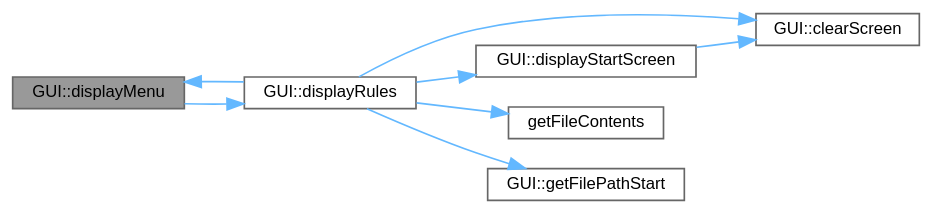
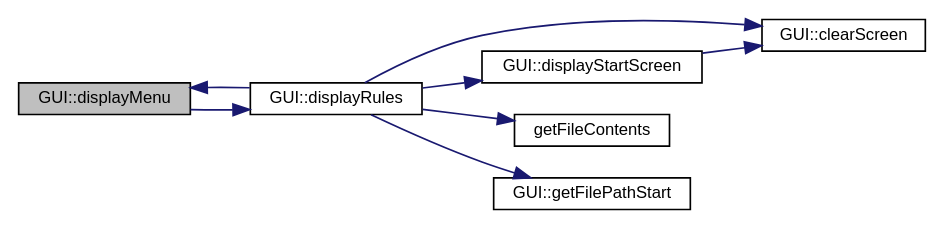
The diagram in class_g_u_i_a48d92746fefe3c11de167dcddc22346f_cgraph.dot (jesstyrrell/cosc345), drawn with Graphviz before and after one commit. The commit also changed 620 other files, not shown here.

```diff
--- a/class_g_u_i_a48d92746fefe3c11de167dcddc22346f_cgraph.dot
+++ b/class_g_u_i_a48d92746fefe3c11de167dcddc22346f_cgraph.dot
@@ -1,22 +1,21 @@
 digraph "GUI::displayMenu"
 {
  // INTERACTIVE_SVG=YES
  // LATEX_PDF_SIZE
-  bgcolor="transparent";
-  edge [fontname=Helvetica,fontsize=10,labelfontname=Helvetica,labelfontsize=10];
-  node [fontname=Helvetica,fontsize=10,shape=box,height=0.2,width=0.4];
+  edge [fontname="Helvetica",fontsize="10",labelfontname="Helvetica",labelfontsize="10"];
+  node [fontname="Helvetica",fontsize="10",shape=record];
   rankdir="LR";
-  Node1 [id="Node000001",label="GUI::displayMenu",height=0.2,width=0.4,color="gray40", fillcolor="grey60", style="filled", fontcolor="black",tooltip="Displays the main menu of the game."];
-  Node1 -> Node2 [id="edge1_Node000001_Node000002",color="steelblue1",style="solid",tooltip=" "];
-  Node2 [id="Node000002",label="GUI::displayRules",height=0.2,width=0.4,color="grey40", fillcolor="white", style="filled",URL="$class_g_u_i.html#aa89e71ae5dec1f83fefbc36147f2ae8d",tooltip=" "];
-  Node2 -> Node3 [id="edge2_Node000002_Node000003",color="steelblue1",style="solid",tooltip=" "];
-  Node3 [id="Node000003",label="GUI::clearScreen",height=0.2,width=0.4,color="grey40", fillcolor="white", style="filled",URL="$class_g_u_i.html#acf2275f45170a133113df56f878ff554",tooltip="Clears the console screen."];
-  Node2 -> Node1 [id="edge3_Node000002_Node000001",color="steelblue1",style="solid",tooltip=" "];
-  Node2 -> Node4 [id="edge4_Node000002_Node000004",color="steelblue1",style="solid",tooltip=" "];
-  Node4 [id="Node000004",label="GUI::displayStartScreen",height=0.2,width=0.4,color="grey40", fillcolor="white", style="filled",URL="$class_g_u_i.html#a0dc53c5a6daa0f01b57c4d4731b4d933",tooltip="Displays the start screen of the game."];
-  Node4 -> Node3 [id="edge5_Node000004_Node000003",color="steelblue1",style="solid",tooltip=" "];
-  Node2 -> Node5 [id="edge6_Node000002_Node000005",color="steelblue1",style="solid",tooltip=" "];
-  Node5 [id="Node000005",label="getFileContents",height=0.2,width=0.4,color="grey40", fillcolor="white", style="filled",URL="$_g_u_i_8cpp.html#a734f170642ae5d075a5f9f98fab8cfdf",tooltip=" "];
-  Node2 -> Node6 [id="edge7_Node000002_Node000006",color="steelblue1",style="solid",tooltip=" "];
-  Node6 [id="Node000006",label="GUI::getFilePathStart",height=0.2,width=0.4,color="grey40", fillcolor="white", style="filled",URL="$class_g_u_i.html#a1b505eb7d9252e68a4c5fa341673f1c2",tooltip=" "];
+  Node1 [label="GUI::displayMenu",height=0.2,width=0.4,color="black", fillcolor="grey75", style="filled", fontcolor="black",tooltip="Displays the main menu of the game."];
+  Node1 -> Node2 [color="midnightblue",fontsize="10",style="solid",fontname="Helvetica"];
+  Node2 [label="GUI::displayRules",height=0.2,width=0.4,color="black", fillcolor="white", style="filled",URL="$class_g_u_i.html#aa89e71ae5dec1f83fefbc36147f2ae8d",tooltip=" "];
+  Node2 -> Node3 [color="midnightblue",fontsize="10",style="solid",fontname="Helvetica"];
+  Node3 [label="GUI::clearScreen",height=0.2,width=0.4,color="black", fillcolor="white", style="filled",URL="$class_g_u_i.html#acf2275f45170a133113df56f878ff554",tooltip="Clears the console screen."];
+  Node2 -> Node1 [color="midnightblue",fontsize="10",style="solid",fontname="Helvetica"];
+  Node2 -> Node4 [color="midnightblue",fontsize="10",style="solid",fontname="Helvetica"];
+  Node4 [label="GUI::displayStartScreen",height=0.2,width=0.4,color="black", fillcolor="white", style="filled",URL="$class_g_u_i.html#a0dc53c5a6daa0f01b57c4d4731b4d933",tooltip="Displays the start screen of the game."];
+  Node4 -> Node3 [color="midnightblue",fontsize="10",style="solid",fontname="Helvetica"];
+  Node2 -> Node5 [color="midnightblue",fontsize="10",style="solid",fontname="Helvetica"];
+  Node5 [label="getFileContents",height=0.2,width=0.4,color="black", fillcolor="white", style="filled",URL="$_g_u_i_8cpp.html#a734f170642ae5d075a5f9f98fab8cfdf",tooltip=" "];
+  Node2 -> Node6 [color="midnightblue",fontsize="10",style="solid",fontname="Helvetica"];
+  Node6 [label="GUI::getFilePathStart",height=0.2,width=0.4,color="black", fillcolor="white", style="filled",URL="$class_g_u_i.html#a1b505eb7d9252e68a4c5fa341673f1c2",tooltip=" "];
 }
```
